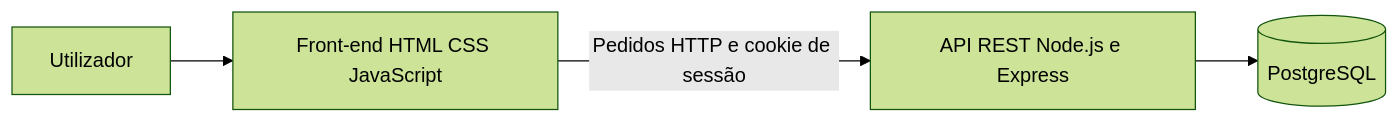
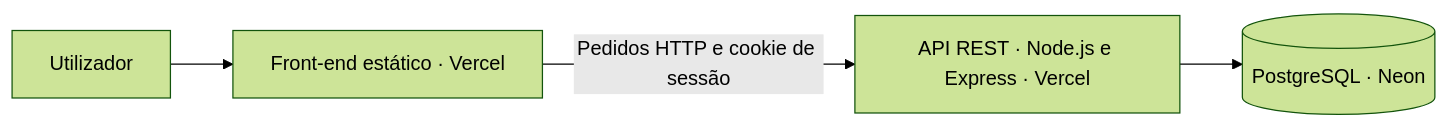
The diagram in README.md (bry-rgb/HealthyTrack), drawn with Mermaid (forest theme) before and after one commit. The commit also changed other lines of this file, not shown here.

````diff
--- a/README.md
+++ b/README.md
@@ -43,6 +49,6 @@
 ```mermaid
 flowchart LR
-    U[Utilizador] --> FE[Front-end HTML CSS JavaScript]
-    FE -->|Pedidos HTTP e cookie de sessão| API[API REST Node.js e Express]
-    API --> DB[(PostgreSQL)]
+    U[Utilizador] --> FE[Front-end estático · Vercel]
+    FE -->|Pedidos HTTP e cookie de sessão| API[API REST · Node.js e Express · Vercel]
+    API --> DB[(PostgreSQL · Neon)]
 ```
````
